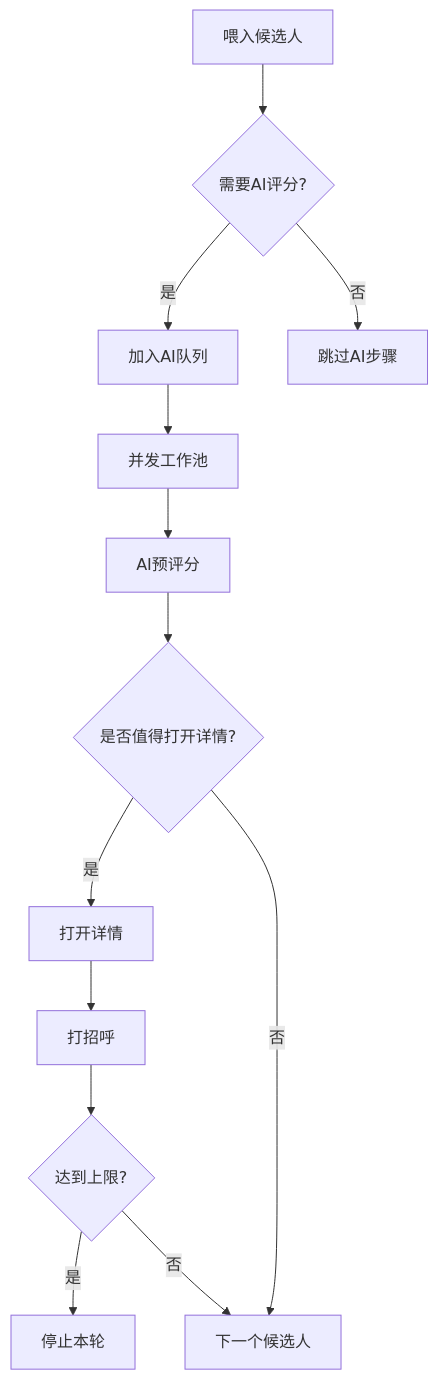
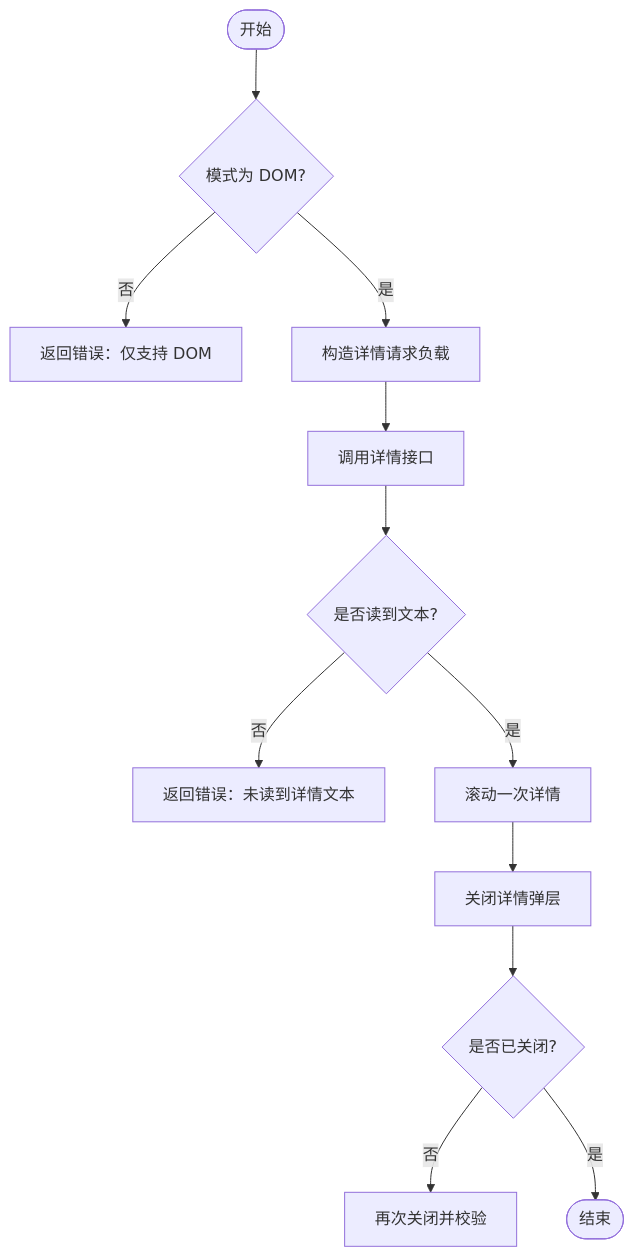
The fifth of 6 diagrams in .qoder/repowiki/zh/content/本地执行器/平台适配器/智联招聘适配器/职位管理.md (alvinwangzi/goodhr), drawn with Mermaid before and after one commit. The commit also changed other lines of this file and 149 other files, not shown here.

````diff
--- a/.qoder/repowiki/zh/content/本地执行器/平台适配器/智联招聘适配器/职位管理.md
+++ b/.qoder/repowiki/zh/content/本地执行器/平台适配器/智联招聘适配器/职位管理.md
@@ -282,15 +206,14 @@
 ```mermaid
 flowchart TD
-Feed["喂入候选人"] --> CheckAI{"需要AI评分?"}
-CheckAI --> |是| Queue["加入AI队列"]
-CheckAI --> |否| Skip["跳过AI步骤"]
-Queue --> Workers["并发工作池"]
-Workers --> Score["AI预评分"]
-Score --> Decide{"是否值得打开详情?"}
-Decide --> |是| Open["打开详情"]
-Decide --> |否| Next["下一个候选人"]
-Open --> Greet["打招呼"]
-Greet --> Limit{"达到上限?"}
-Limit --> |是| Stop["停止本轮"]
-Limit --> |否| Next
+DStart(["开始"]) --> ModeCheck{"模式为 DOM?"}
+ModeCheck --> |否| ErrMode["返回错误：仅支持 DOM"]
+ModeCheck --> |是| BuildPayload["构造详情请求负载"]
+BuildPayload --> CallDetail["调用详情接口"]
+CallDetail --> HasText{"是否读到文本?"}
+HasText --> |否| ErrText["返回错误：未读到详情文本"]
+HasText --> |是| ScrollOnce["滚动一次详情"]
+ScrollOnce --> CloseDetail["关闭详情弹层"]
+CloseDetail --> VerifyClose{"是否已关闭?"}
+VerifyClose --> |否| RetryClose["再次关闭并校验"]
+VerifyClose --> |是| DEnd(["结束"])
 ```
````
